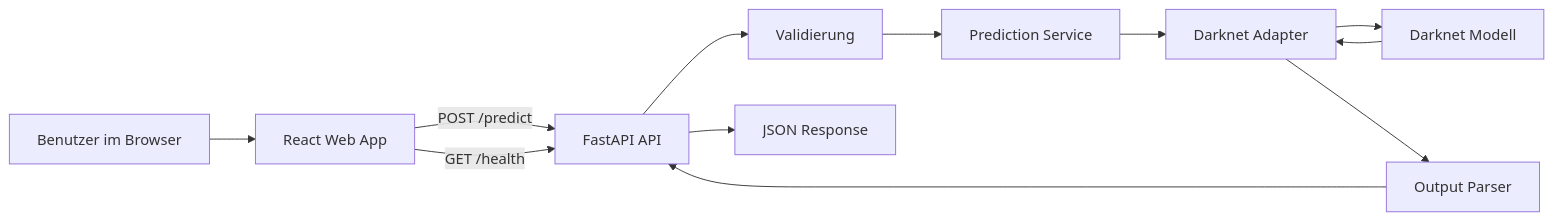
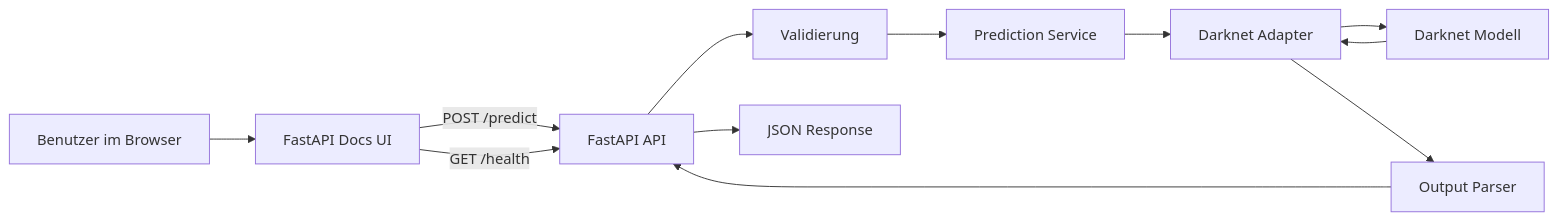
The diagram in README.md (niMtAndoX/cnn-fruiting-body-modeling-tp-ss26), drawn with Mermaid before and after one commit. The commit also changed other lines of this file and 13 other files, not shown here.

````diff
--- a/README.md
+++ b/README.md
@@ -63,15 +67,15 @@
 ```mermaid
 flowchart LR
-    U[Benutzer im Browser] --> W[React Web App]
+    U[Benutzer im Browser] --> W[FastAPI Docs UI]
     W -->|POST /predict| A[FastAPI API]
     W -->|GET /health| A
 
     A --> V[Validierung]
     V --> S[Prediction Service]
     S --> D[Darknet Adapter]
     D --> M[Darknet Modell]
     M --> D
     D --> P[Output Parser]
     P --> A
     A --> R[JSON Response]
 ```
````
